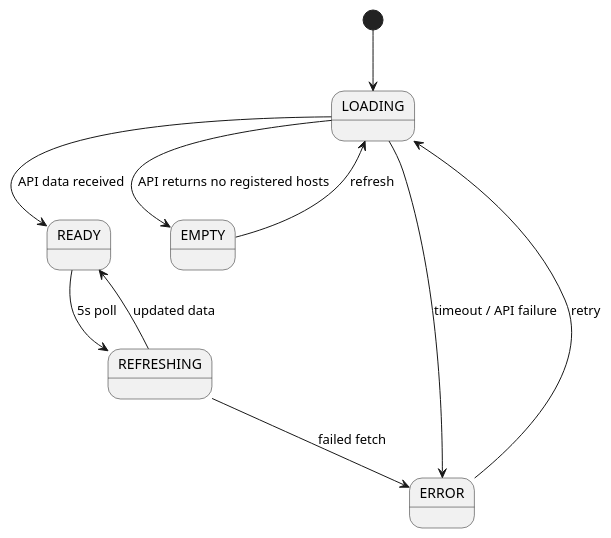
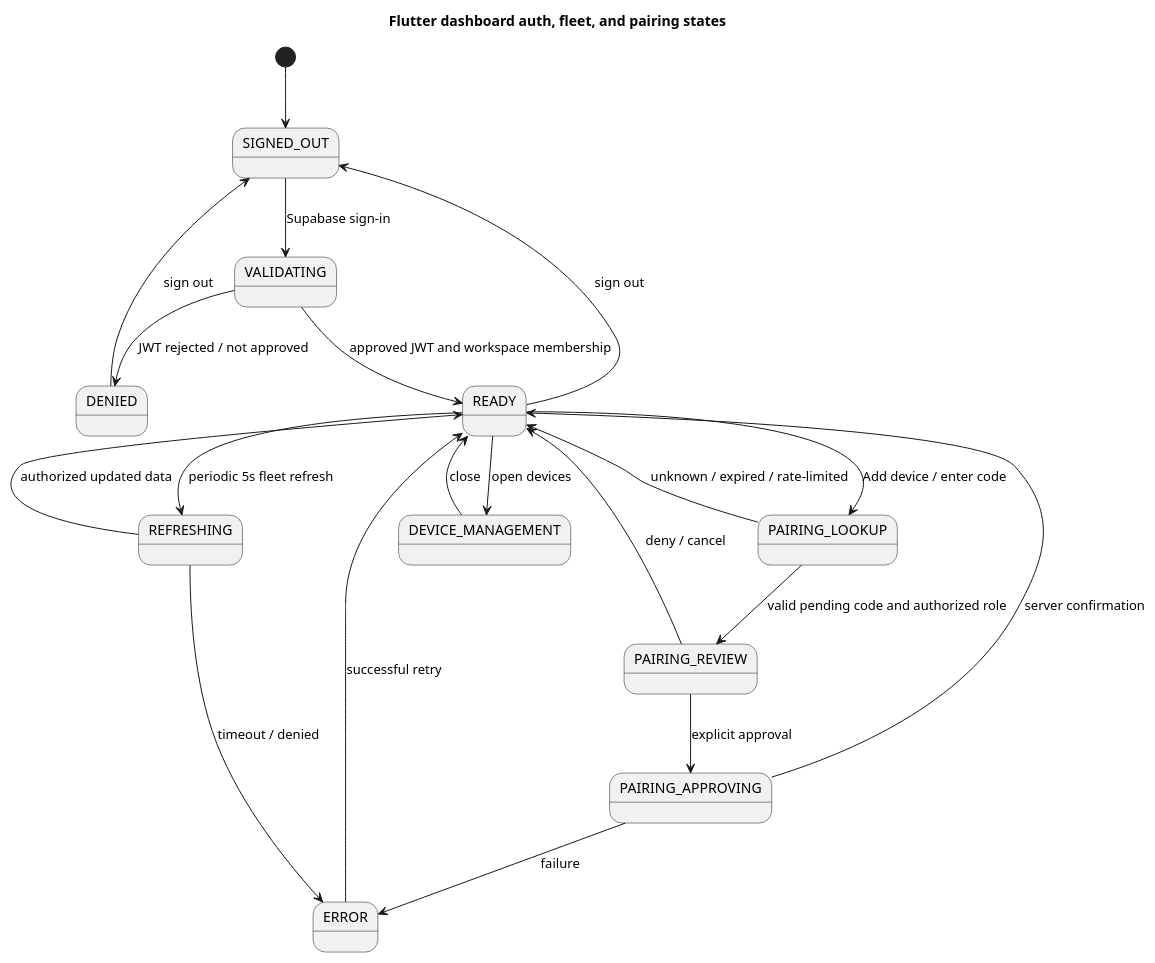
One commit to Adam-BArbia/fleetluma changed the diagram in docs/uml/plantuml/18_state_mobile.puml. Above: the diagram before and after it, drawn with PlantUML.

Commit message:
docs(FL-31): align 18_state_mobile.puml with pairing v0.1

```diff
--- a/docs/uml/plantuml/18_state_mobile.puml
+++ b/docs/uml/plantuml/18_state_mobile.puml
@@ -1,11 +1,22 @@
 @startuml 18_state_mobile
-[*] --> LOADING
-LOADING --> READY : API data received
-LOADING --> EMPTY : API returns no registered hosts
-LOADING --> ERROR : timeout / API failure
-READY --> REFRESHING : 5s poll
-REFRESHING --> READY : updated data
-REFRESHING --> ERROR : failed fetch
-ERROR --> LOADING : retry
-EMPTY --> LOADING : refresh
+title Flutter dashboard auth, fleet, and pairing states
+[*] --> SIGNED_OUT
+SIGNED_OUT --> VALIDATING : Supabase sign-in
+VALIDATING --> DENIED : JWT rejected / not approved
+VALIDATING --> READY : approved JWT and workspace membership
+DENIED --> SIGNED_OUT : sign out
+READY --> REFRESHING : periodic 5s fleet refresh
+REFRESHING --> READY : authorized updated data
+REFRESHING --> ERROR : timeout / denied
+ERROR --> READY : successful retry
+READY --> PAIRING_LOOKUP : Add device / enter code
+PAIRING_LOOKUP --> PAIRING_REVIEW : valid pending code and authorized role
+PAIRING_LOOKUP --> READY : unknown / expired / rate-limited
+PAIRING_REVIEW --> PAIRING_APPROVING : explicit approval
+PAIRING_REVIEW --> READY : deny / cancel
+PAIRING_APPROVING --> READY : server confirmation
+PAIRING_APPROVING --> ERROR : failure
+READY --> DEVICE_MANAGEMENT : open devices
+DEVICE_MANAGEMENT --> READY : close
+READY --> SIGNED_OUT : sign out
 @enduml
```
